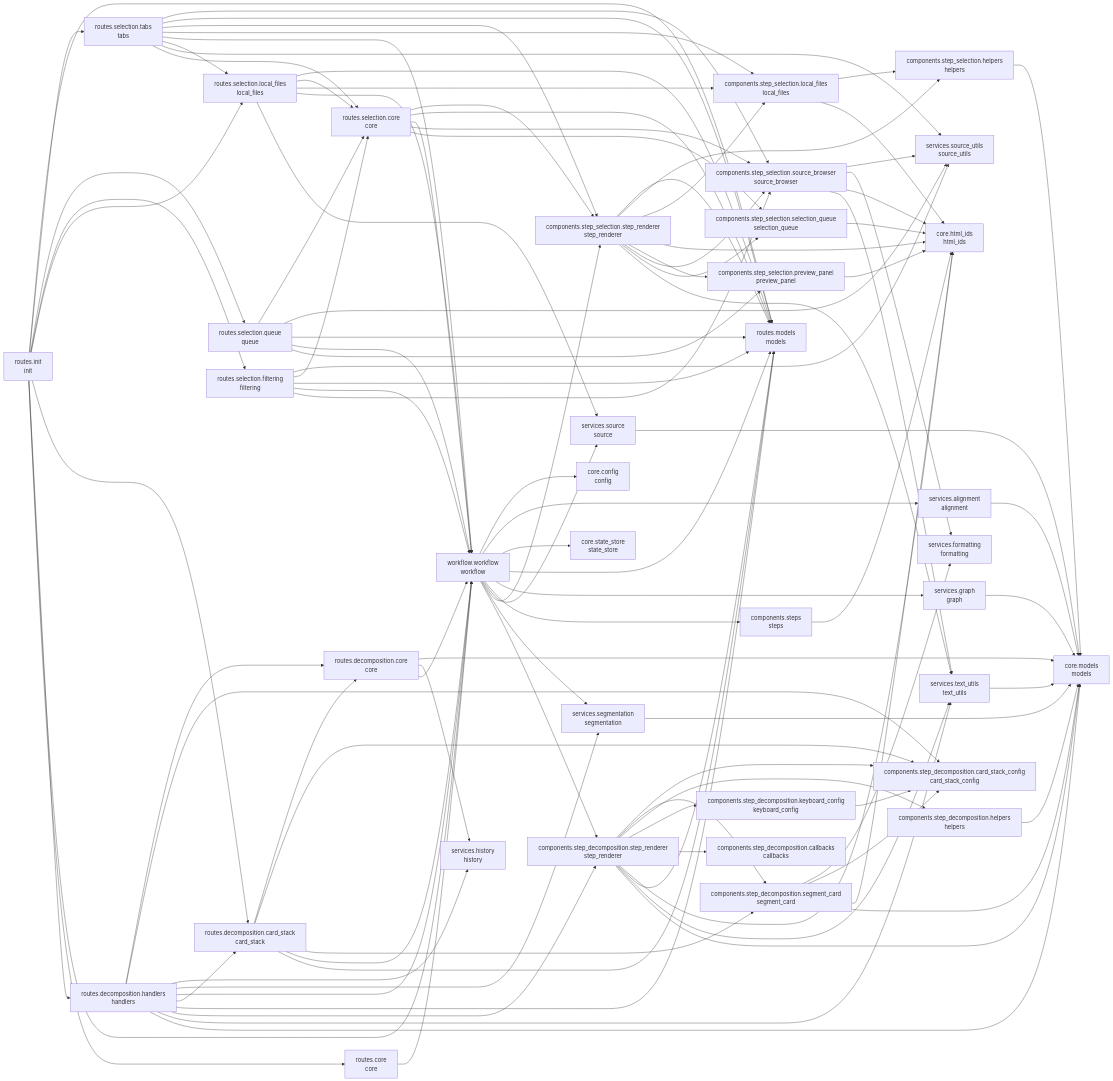
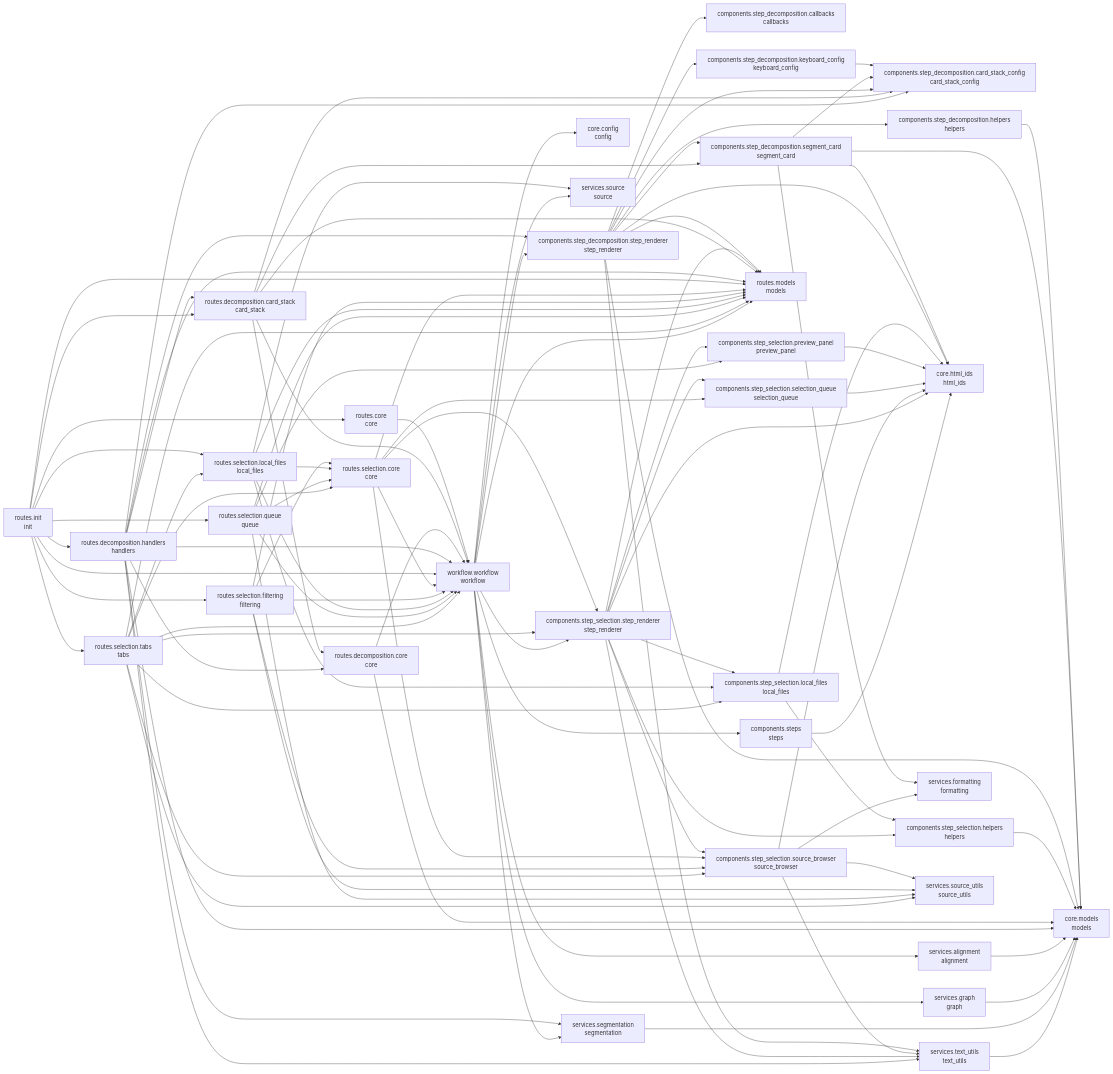
One commit to cj-mills/cjm-fasthtml-workflow-transcript-decomp changed the diagram in README.md. Above: the diagram before and after it, drawn with Mermaid. The commit also changed other lines of this file and 48 other files, not shown here.

Commit message:
Replace internal state store, history, and source provider types with cjm-workflow-state and cjm-source-provider libraries; rename job_id→record_id, plugin_name→provider_id, audio_path→media_path across all modules.

````diff
--- a/README.md
+++ b/README.md
@@ -81,7 +79,6 @@
     core_config[core.config<br/>config]
     core_html_ids[core.html_ids<br/>html_ids]
     core_models[core.models<br/>models]
-    core_state_store[core.state_store<br/>state_store]
     routes_core[routes.core<br/>core]
     routes_decomposition_card_stack[routes.decomposition.card_stack<br/>card_stack]
     routes_decomposition_core[routes.decomposition.core<br/>core]
@@ -96,7 +93,6 @@
     services_alignment[services.alignment<br/>alignment]
     services_formatting[services.formatting<br/>formatting]
     services_graph[services.graph<br/>graph]
-    services_history[services.history<br/>history]
     services_segmentation[services.segmentation<br/>segmentation]
     services_source[services.source<br/>source]
     services_source_utils[services.source_utils<br/>source_utils]
@@ -105,106 +101,102 @@
 
     components_step_decomposition_helpers --> core_models
     components_step_decomposition_keyboard_config --> components_step_decomposition_card_stack_config
+    components_step_decomposition_segment_card --> core_models
     components_step_decomposition_segment_card --> services_formatting
     components_step_decomposition_segment_card --> components_step_decomposition_card_stack_config
     components_step_decomposition_segment_card --> core_html_ids
-    components_step_decomposition_segment_card --> core_models
+    components_step_decomposition_step_renderer --> components_step_decomposition_helpers
+    components_step_decomposition_step_renderer --> core_models
+    components_step_decomposition_step_renderer --> components_step_decomposition_keyboard_config
     components_step_decomposition_step_renderer --> components_step_decomposition_card_stack_config
+    components_step_decomposition_step_renderer --> components_step_decomposition_callbacks
+    components_step_decomposition_step_renderer --> services_text_utils
+    components_step_decomposition_step_renderer --> routes_models
+    components_step_decomposition_step_renderer --> core_html_ids
     components_step_decomposition_step_renderer --> components_step_decomposition_segment_card
-    components_step_decomposition_step_renderer --> components_step_decomposition_helpers
-    components_step_decomposition_step_renderer --> components_step_decomposition_keyboard_config
-    components_step_decomposition_step_renderer --> components_step_decomposition_callbacks
-    components_step_decomposition_step_renderer --> core_html_ids
-    components_step_decomposition_step_renderer --> routes_models
-    components_step_decomposition_step_renderer --> services_text_utils
-    components_step_decomposition_step_renderer --> core_models
     components_step_selection_helpers --> core_models
     components_step_selection_local_files --> components_step_selection_helpers
     components_step_selection_local_files --> core_html_ids
     components_step_selection_preview_panel --> core_html_ids
     components_step_selection_selection_queue --> core_html_ids
+    components_step_selection_source_browser --> services_formatting
     components_step_selection_source_browser --> services_source_utils
-    components_step_selection_source_browser --> services_formatting
+    components_step_selection_source_browser --> services_text_utils
     components_step_selection_source_browser --> core_html_ids
-    components_step_selection_source_browser --> services_text_utils
+    components_step_selection_step_renderer --> components_step_selection_selection_queue
+    components_step_selection_step_renderer --> components_step_selection_source_browser
+    components_step_selection_step_renderer --> components_step_selection_local_files
+    components_step_selection_step_renderer --> services_text_utils
+    components_step_selection_step_renderer --> components_step_selection_helpers
+    components_step_selection_step_renderer --> components_step_selection_preview_panel
     components_step_selection_step_renderer --> routes_models
-    components_step_selection_step_renderer --> components_step_selection_helpers
-    components_step_selection_step_renderer --> components_step_selection_local_files
     components_step_selection_step_renderer --> core_html_ids
-    components_step_selection_step_renderer --> components_step_selection_preview_panel
-    components_step_selection_step_renderer --> components_step_selection_source_browser
-    components_step_selection_step_renderer --> components_step_selection_selection_queue
-    components_step_selection_step_renderer --> services_text_utils
     components_steps --> core_html_ids
     routes_core --> workflow_workflow
+    routes_decomposition_card_stack --> components_step_decomposition_card_stack_config
     routes_decomposition_card_stack --> routes_decomposition_core
-    routes_decomposition_card_stack --> components_step_decomposition_card_stack_config
-    routes_decomposition_card_stack --> components_step_decomposition_segment_card
     routes_decomposition_card_stack --> workflow_workflow
     routes_decomposition_card_stack --> routes_models
+    routes_decomposition_card_stack --> components_step_decomposition_segment_card
+    routes_decomposition_core --> workflow_workflow
     routes_decomposition_core --> core_models
-    routes_decomposition_core --> services_history
-    routes_decomposition_core --> workflow_workflow
+    routes_decomposition_handlers --> core_models
     routes_decomposition_handlers --> routes_decomposition_core
+    routes_decomposition_handlers --> components_step_decomposition_step_renderer
+    routes_decomposition_handlers --> services_segmentation
     routes_decomposition_handlers --> components_step_decomposition_card_stack_config
-    routes_decomposition_handlers --> services_history
-    routes_decomposition_handlers --> services_segmentation
+    routes_decomposition_handlers --> routes_decomposition_card_stack
+    routes_decomposition_handlers --> services_text_utils
     routes_decomposition_handlers --> workflow_workflow
-    routes_decomposition_handlers --> routes_decomposition_card_stack
     routes_decomposition_handlers --> routes_models
-    routes_decomposition_handlers --> components_step_decomposition_step_renderer
-    routes_decomposition_handlers --> services_text_utils
-    routes_decomposition_handlers --> core_models
-    routes_init --> routes_models
-    routes_init --> routes_selection_tabs
+    routes_init --> routes_selection_local_files
     routes_init --> routes_selection_queue
     routes_init --> routes_selection_filtering
-    routes_init --> routes_selection_local_files
+    routes_init --> routes_core
+    routes_init --> routes_decomposition_handlers
     routes_init --> routes_decomposition_card_stack
-    routes_init --> routes_decomposition_handlers
+    routes_init --> routes_selection_tabs
+    routes_init --> routes_models
     routes_init --> workflow_workflow
-    routes_init --> routes_core
+    routes_selection_core --> components_step_selection_source_browser
+    routes_selection_core --> workflow_workflow
+    routes_selection_core --> components_step_selection_selection_queue
     routes_selection_core --> components_step_selection_step_renderer
     routes_selection_core --> routes_models
-    routes_selection_core --> workflow_workflow
-    routes_selection_core --> components_step_selection_source_browser
-    routes_selection_core --> components_step_selection_selection_queue
+    routes_selection_filtering --> routes_selection_core
+    routes_selection_filtering --> components_step_selection_source_browser
+    routes_selection_filtering --> workflow_workflow
     routes_selection_filtering --> services_source_utils
-    routes_selection_filtering --> routes_selection_core
     routes_selection_filtering --> routes_models
-    routes_selection_filtering --> workflow_workflow
-    routes_selection_filtering --> components_step_selection_source_browser
-    routes_selection_local_files --> routes_models
     routes_selection_local_files --> routes_selection_core
-    routes_selection_local_files --> components_step_selection_local_files
     routes_selection_local_files --> workflow_workflow
     routes_selection_local_files --> services_source
+    routes_selection_local_files --> components_step_selection_local_files
+    routes_selection_local_files --> routes_models
     routes_selection_queue --> routes_selection_core
+    routes_selection_queue --> workflow_workflow
     routes_selection_queue --> services_source_utils
+    routes_selection_queue --> components_step_selection_preview_panel
     routes_selection_queue --> routes_models
-    routes_selection_queue --> workflow_workflow
-    routes_selection_queue --> components_step_selection_preview_panel
+    routes_selection_tabs --> routes_selection_core
+    routes_selection_tabs --> workflow_workflow
+    routes_selection_tabs --> services_source_utils
+    routes_selection_tabs --> components_step_selection_step_renderer
     routes_selection_tabs --> components_step_selection_source_browser
+    routes_selection_tabs --> routes_selection_local_files
+    routes_selection_tabs --> components_step_selection_local_files
     routes_selection_tabs --> routes_models
-    routes_selection_tabs --> components_step_selection_step_renderer
-    routes_selection_tabs --> components_step_selection_local_files
-    routes_selection_tabs --> workflow_workflow
-    routes_selection_tabs --> routes_selection_local_files
-    routes_selection_tabs --> services_source_utils
-    routes_selection_tabs --> routes_selection_core
     services_alignment --> core_models
     services_graph --> core_models
     services_segmentation --> core_models
-    services_source --> core_models
     services_text_utils --> core_models
+    workflow_workflow --> routes_models
+    workflow_workflow --> components_step_decomposition_step_renderer
+    workflow_workflow --> services_graph
+    workflow_workflow --> components_step_selection_step_renderer
+    workflow_workflow --> services_source
     workflow_workflow --> core_config
+    workflow_workflow --> services_segmentation
+    workflow_workflow --> components_steps
     workflow_workflow --> services_alignment
-    workflow_workflow --> core_state_store
-    workflow_workflow --> routes_models
-    workflow_workflow --> services_graph
-    workflow_workflow --> components_steps
-    workflow_workflow --> services_source
-    workflow_workflow --> components_step_selection_step_renderer
-    workflow_workflow --> services_segmentation
-    workflow_workflow --> components_step_decomposition_step_renderer
 ```
````
